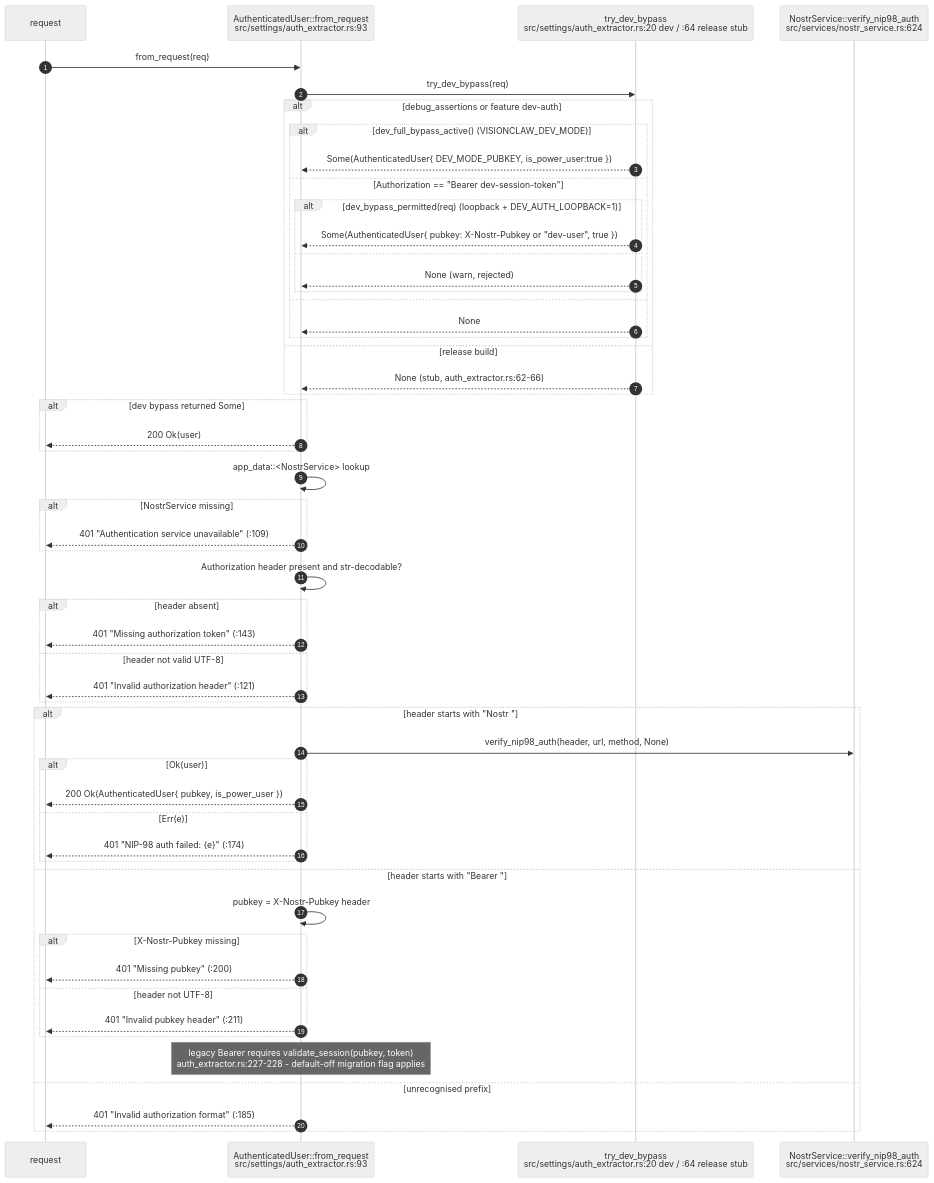
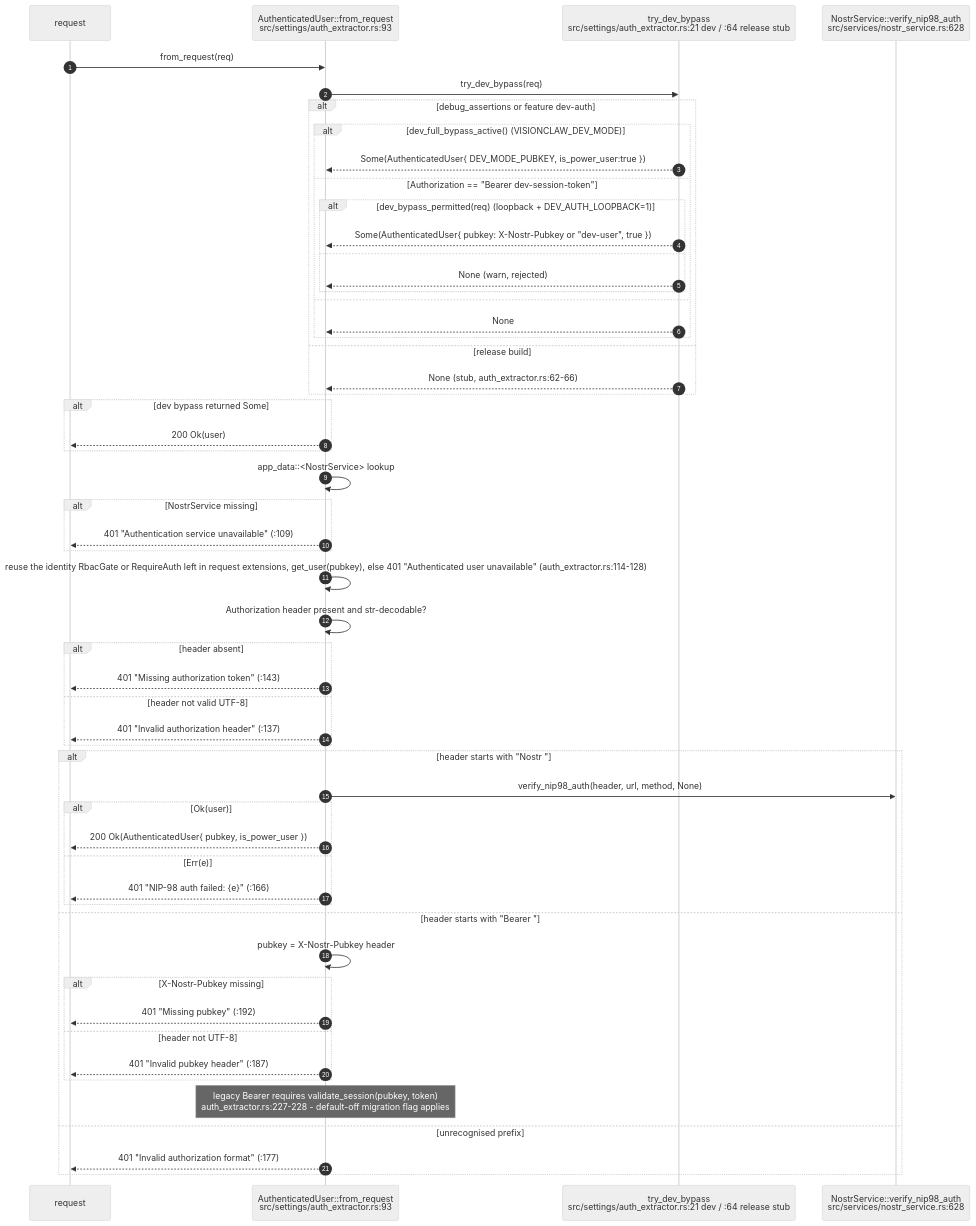
The third of 14 diagrams in docs/diagrams/visionclaw/03-request-lifecycle-and-rbac.md (DreamLab-AI/VisionFlow), drawn with Mermaid (neutral theme) before and after one commit. The commit also changed other lines of this file and 20 other files, not shown here.

Commit message:
docs(diagrams): reflect the S-3, S-7c/d/f and S-4(3) fixes in the corpus

````diff
--- a/docs/diagrams/visionclaw/03-request-lifecycle-and-rbac.md
+++ b/docs/diagrams/visionclaw/03-request-lifecycle-and-rbac.md
@@ -138,57 +162,58 @@
 ```mermaid
 sequenceDiagram
     autonumber
     participant R as request
     participant FR as AuthenticatedUser::from_request<br/>src/settings/auth_extractor.rs:93
-    participant DB as try_dev_bypass<br/>src/settings/auth_extractor.rs:20 dev / :64 release stub
-    participant NS as NostrService::verify_nip98_auth<br/>src/services/nostr_service.rs:624
+    participant DB as try_dev_bypass<br/>src/settings/auth_extractor.rs:21 dev / :64 release stub
+    participant NS as NostrService::verify_nip98_auth<br/>src/services/nostr_service.rs:628
 
     R->>FR: from_request(req)
     FR->>DB: try_dev_bypass(req)
     alt debug_assertions or feature dev-auth
         alt dev_full_bypass_active() (VISIONCLAW_DEV_MODE)
             DB-->>FR: Some(AuthenticatedUser{ DEV_MODE_PUBKEY, is_power_user:true })
         else Authorization == "Bearer dev-session-token"
             alt dev_bypass_permitted(req) (loopback + DEV_AUTH_LOOPBACK=1)
                 DB-->>FR: Some(AuthenticatedUser{ pubkey: X-Nostr-Pubkey or "dev-user", true })
             else
                 DB-->>FR: None (warn, rejected)
             end
         else
             DB-->>FR: None
         end
     else release build
         DB-->>FR: None (stub, auth_extractor.rs:62-66)
     end
     alt dev bypass returned Some
         FR-->>R: 200 Ok(user)
     end
     FR->>FR: app_data::<NostrService> lookup
     alt NostrService missing
         FR-->>R: 401 "Authentication service unavailable" (:109)
     end
+    FR->>FR: reuse the identity RbacGate or RequireAuth left in request extensions, get_user(pubkey), else 401 "Authenticated user unavailable" (auth_extractor.rs:114-128)
     FR->>FR: Authorization header present and str-decodable?
     alt header absent
         FR-->>R: 401 "Missing authorization token" (:143)
     else header not valid UTF-8
-        FR-->>R: 401 "Invalid authorization header" (:121)
+        FR-->>R: 401 "Invalid authorization header" (:137)
     end
     alt header starts with "Nostr "
         FR->>NS: verify_nip98_auth(header, url, method, None)
         alt Ok(user)
             FR-->>R: 200 Ok(AuthenticatedUser{ pubkey, is_power_user })
         else Err(e)
-            FR-->>R: 401 "NIP-98 auth failed: {e}" (:174)
+            FR-->>R: 401 "NIP-98 auth failed: {e}" (:166)
         end
     else header starts with "Bearer "
         FR->>FR: pubkey = X-Nostr-Pubkey header
         alt X-Nostr-Pubkey missing
-            FR-->>R: 401 "Missing pubkey" (:200)
+            FR-->>R: 401 "Missing pubkey" (:192)
         else header not UTF-8
-            FR-->>R: 401 "Invalid pubkey header" (:211)
+            FR-->>R: 401 "Invalid pubkey header" (:187)
         end
         Note over FR: legacy Bearer requires validate_session(pubkey, token)<br/>auth_extractor.rs:227-228 - default-off migration flag applies
     else unrecognised prefix
-        FR-->>R: 401 "Invalid authorization format" (:185)
+        FR-->>R: 401 "Invalid authorization format" (:177)
     end
 ```
````
